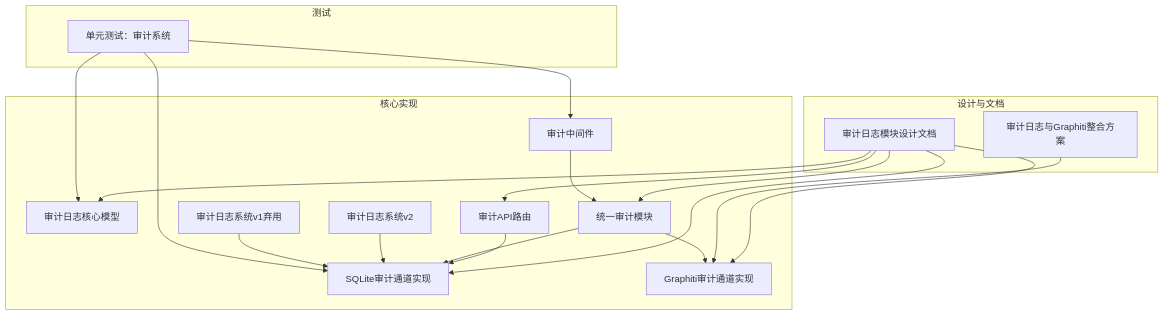
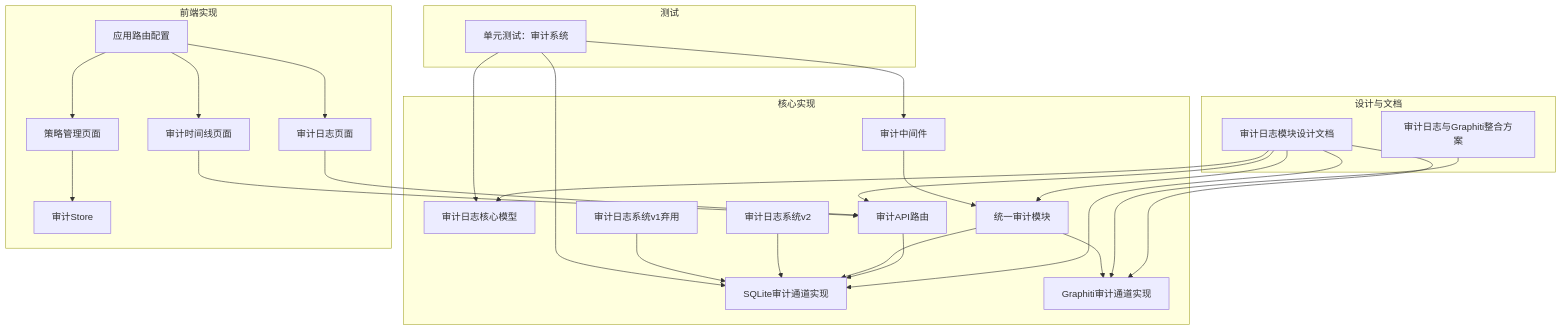
One commit to inier/ontology-graphiti changed the first of 10 diagrams in .qoder/repowiki/zh/content/项目概述/核心特性/策略治理系统/审计日志系统.md. Above: the diagram before and after it, drawn with Mermaid. The commit also changed other lines of this file and 10 other files, not shown here.

First line of the commit message:
refactor: 智能问答内联渲染 — 移除独立Tab，图表/时序/报告内嵌于会话消息

````diff
--- a/.qoder/repowiki/zh/content/项目概述/核心特性/策略治理系统/审计日志系统.md
+++ b/.qoder/repowiki/zh/content/项目概述/核心特性/策略治理系统/审计日志系统.md
@@ -39,35 +56,48 @@
 ```mermaid
 graph TB
 subgraph "设计与文档"
 D1["审计日志模块设计文档"]
 D2["审计日志与Graphiti整合方案"]
 end
 subgraph "核心实现"
 M1["审计日志核心模型"]
 C1["SQLite审计通道实现"]
 C2["Graphiti审计通道实现"]
 U1["统一审计模块"]
 MW["审计中间件"]
 API["审计API路由"]
 V2["审计日志系统v2"]
 V1["审计日志系统v1弃用"]
 end
+subgraph "前端实现"
+FL1["审计日志页面"]
+FL2["审计时间线页面"]
+FL3["策略管理页面"]
+FL4["审计Store"]
+FL5["应用路由配置"]
+end
 subgraph "测试"
 T1["单元测试：审计系统"]
 end
 D1 --> M1
 D1 --> C1
 D1 --> C2
 D1 --> U1
 D1 --> API
 D2 --> C2
 MW --> U1
 API --> C1
 U1 --> C1
 U1 --> C2
 V2 --> C1
 V1 --> C1
+FL1 --> API
+FL2 --> API
+FL3 --> FL4
+FL5 --> FL1
+FL5 --> FL2
+FL5 --> FL3
 T1 --> M1
 T1 --> C1
 T1 --> MW
 ```
````
